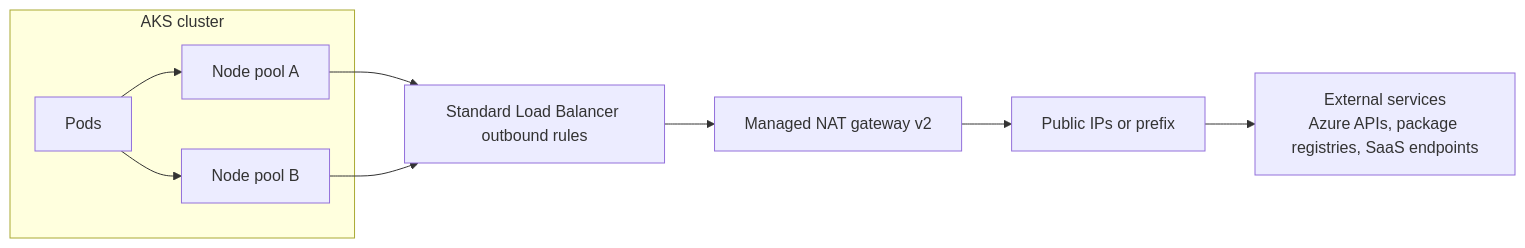
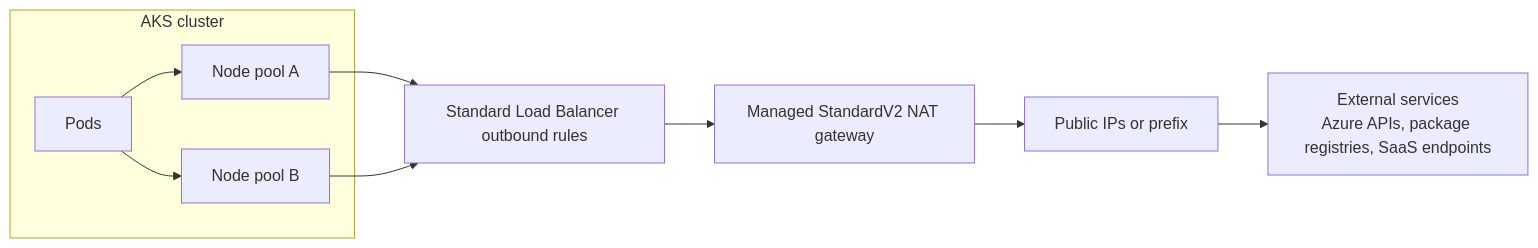
One commit to Azure/AKS changed the first of 2 diagrams in website/blog/2026-04-26-managed-nat-gateway-v2-on-aks/index.md. Above: the diagram before and after it, drawn with Mermaid. The commit also changed other lines of this file, not shown here.

````diff
--- a/website/blog/2026-04-26-managed-nat-gateway-v2-on-aks/index.md
+++ b/website/blog/2026-04-26-managed-nat-gateway-v2-on-aks/index.md
@@ -34,16 +34,16 @@
 ```mermaid
 flowchart LR
 		subgraph AKS[AKS cluster]
 			N1[Node pool A]
 			N2[Node pool B]
 			P[Pods]
 			P --> N1
 			P --> N2
 		end
 
 		N1 --> SLB[Standard Load Balancer outbound rules]
 		N2 --> SLB
-		SLB --> NATV2[Managed NAT gateway v2]
+		SLB --> NATV2[Managed StandardV2 NAT gateway]
 		NATV2 --> PIP[Public IPs or prefix]
 		PIP --> EXT[External services\nAzure APIs, package registries, SaaS endpoints]
 ```
````
